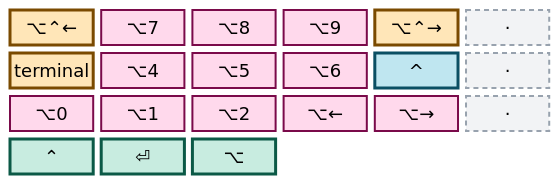
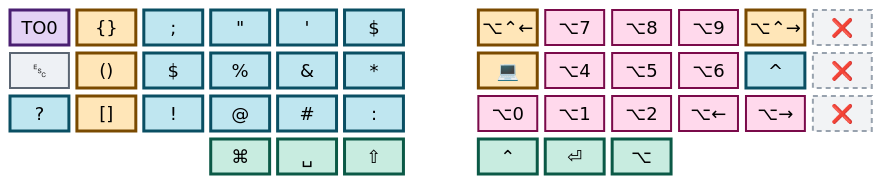
One commit to abloch/zmk-corne changed the second of 6 diagrams in README.md. Above: the diagram before and after it, drawn with Mermaid. The commit also changed other lines of this file, not shown here.

First line of the commit message:
Redraw the README layer maps as single side-by-side diagrams

````diff
--- a/README.md
+++ b/README.md
@@ -145,22 +97,26 @@
 ```mermaid
 %%{init: {'theme':'base','themeVariables':{'primaryColor':'#eef1f5','primaryTextColor':'#0b0f14','primaryBorderColor':'#5b6673','nodeTextColor':'#0b0f14','textColor':'#0b0f14','mainBkg':'#eef1f5','fontSize':'18px'}}}%%
 block
-columns 6
+columns 13
 
-  wl["⌥⌃←"] a7["⌥7"] a8["⌥8"] a9["⌥9"] wr["⌥⌃→"] xa["·"]
-  term["terminal"] a4["⌥4"] a5["⌥5"] a6["⌥6"] car["^"] xb["·"]
-  a0["⌥0"] a1["⌥1"] a2["⌥2"] al["⌥←"] ar["⌥→"] xc["·"]
-  ctrl["⌃"] entr["⏎"] alt["⌥"] space:3
+  to0["TO0"] cur[" {}"] semi[";"] dqt["#quot;"] sqt["'"] dol["$"] space wl["⌥⌃←"] a7["⌥7"] a8["⌥8"] a9["⌥9"] wr["⌥⌃→"] x1["❌"]
+  esc["␛"] par[" ()"] dl2["$"] pct["%"] amp[" &"] ast["*"] space trm["💻"] a4["⌥4"] a5["⌥5"] a6["⌥6"] car["^"] x2["❌"]
+  qm["?"] sqb[" []"] exc["!"] at["@"] hsh[" #"] col[":"] space a0["⌥0"] a1["⌥1"] a2["⌥2"] al["⌥←"] ar["⌥→"] x3["❌"]
+  space:3 cmd["⌘"] spc["␣"] sft["⇧"] space ctl["⌃"] ent["⏎"] alt["⌥"] space:3
 
   classDef punc fill:#bfe6f0,stroke:#0a4f63,stroke-width:3px,color:#04222b
   classDef macro fill:#ffe6b8,stroke:#7a4a00,stroke-width:3px,color:#3a2200
   classDef chord fill:#ffd9ec,stroke:#7a0a4a,stroke-width:2px,color:#3a0523
+  classDef layerk fill:#e3d2f5,stroke:#4a1f72,stroke-width:3px,color:#240c39
+  classDef core fill:#eef1f5,stroke:#5b6673,stroke-width:2px,color:#0b0f14
   classDef thumb fill:#c8ece0,stroke:#0b5946,stroke-width:3px,color:#06241c
   classDef dead fill:#f2f3f5,stroke:#98a2ae,stroke-width:2px,stroke-dasharray:5 4,color:#5b6673
 
-  class a7,a8,a9,a4,a5,a6,a0,a1,a2,al,ar chord
-  class wl,wr,term macro
-  class car punc
-  class ctrl,entr,alt thumb
-  class xa,xb,xc dead
+  class semi,dqt,sqt,dol,dl2,pct,amp,ast,qm,exc,at,hsh,col,car punc
+  class cur,par,sqb,wl,wr,trm macro
+  class a0,a1,a2,a4,a5,a6,a7,a8,a9,al,ar chord
+  class to0 layerk
+  class esc core
+  class cmd,spc,sft,ctl,ent,alt thumb
+  class x1,x2,x3 dead
 ```
````
